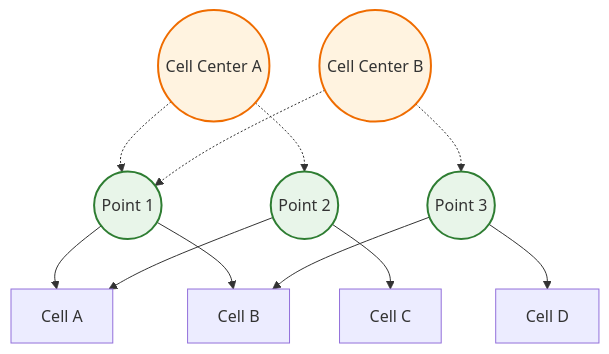
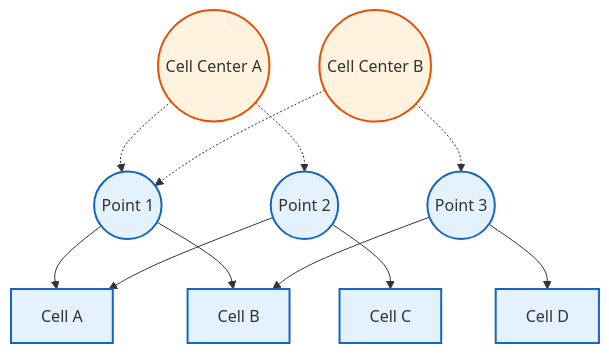
Before and after one commit to wramet/build-my-cfd: the diagram in MODULE_05_OPENFOAM_PROGRAMMING/CONTENT/08_FIELD_TYPES/04_Point_Fields.md, drawn with Mermaid. The commit also changed 313 other files, not shown here.

Commit message:
Revise all diagram

````diff
--- a/MODULE_05_OPENFOAM_PROGRAMMING/CONTENT/08_FIELD_TYPES/04_Point_Fields.md
+++ b/MODULE_05_OPENFOAM_PROGRAMMING/CONTENT/08_FIELD_TYPES/04_Point_Fields.md
@@ -79,20 +79,18 @@
 ```mermaid
 graph TD
-    P1((Point 1)) --> C1[Cell A]
-    P1 --> C2[Cell B]
-    P2((Point 2)) --> C1
-    P2 --> C3[Cell C]
-    P3((Point 3)) --> C2
-    P3 --> C4[Cell D]
+%% Classes
+classDef explicit fill:#fff3e0,stroke:#e65100,stroke-width:2px;
+classDef implicit fill:#e3f2fd,stroke:#1565c0,stroke-width:2px;
+%% Nodes
+P1((Point 1)):::implicit --> C1[Cell A]:::implicit
+P1 --> C2[Cell B]:::implicit
+P2((Point 2)):::implicit --> C1
+P2 --> C3[Cell C]:::implicit
+P3((Point 3)):::implicit --> C2
+P3 --> C4[Cell D]:::implicit
 
-    CC1((Cell Center A)) -.-> P1
-    CC1 -.-> P2
-    CC2((Cell Center B)) -.-> P1
-    CC2 -.-> P3
-
-    style P1 fill:#e8f5e9,stroke:#2e7d32,stroke-width:2px
-    style P2 fill:#e8f5e9,stroke:#2e7d32,stroke-width:2px
-    style P3 fill:#e8f5e9,stroke:#2e7d32,stroke-width:2px
-    style CC1 fill:#fff3e0,stroke:#ef6c00,stroke-width:2px
-    style CC2 fill:#fff3e0,stroke:#ef6c00,stroke-width:2px
+CC1((Cell Center A)):::explicit -.-> P1
+CC1 -.-> P2
+CC2((Cell Center B)):::explicit -.-> P1
+CC2 -.-> P3
 ```
````
